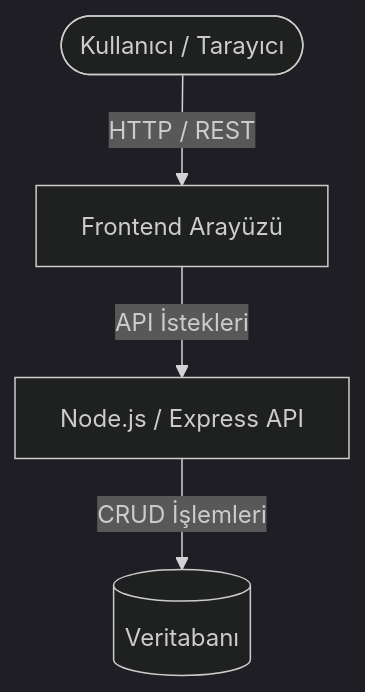
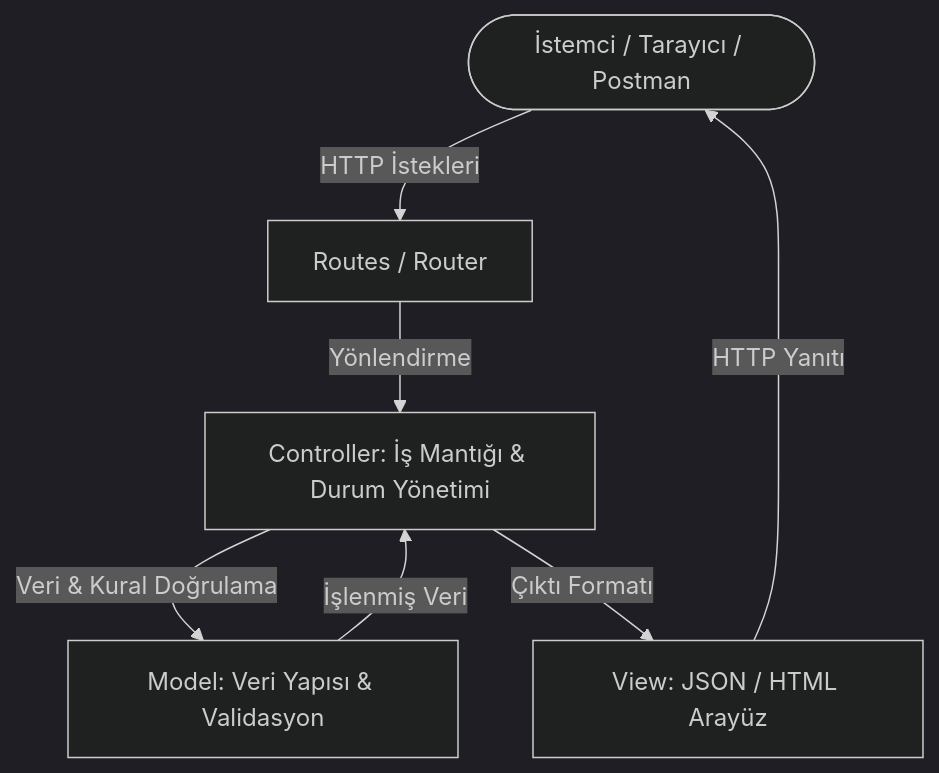
One commit to ADNARAGORN/alumni changed the first of 2 diagrams in README.md. Above: the diagram before and after it, drawn with Mermaid (dark theme). The commit also changed other lines of this file and 8 other files, not shown here.

Commit message:
feat: implement week 4 MVC architecture (Model, View, Controllers, Routes with full CRUD)

````diff
--- a/README.md
+++ b/README.md
@@ -34,6 +38,9 @@
 ```mermaid
 graph TD
-    User([Kullanıcı / Tarayıcı]) -->|HTTP / REST| Frontend[Frontend Arayüzü]
-    Frontend -->|API İstekleri| Backend[Node.js / Express API]
-    Backend -->|CRUD İşlemleri| DB[(Veritabanı)]
+    Client([İstemci / Tarayıcı / Postman]) -->|HTTP İstekleri| Routes[Routes / Router]
+    Routes -->|Yönlendirme| Controller[Controller: İş Mantığı & Durum Yönetimi]
+    Controller -->|Veri & Kural Doğrulama| Model[Model: Veri Yapısı & Validasyon]
+    Model -->|İşlenmiş Veri| Controller
+    Controller -->|Çıktı Formatı| View[View: JSON / HTML Arayüz]
+    View -->|HTTP Yanıtı| Client
 ```
````
